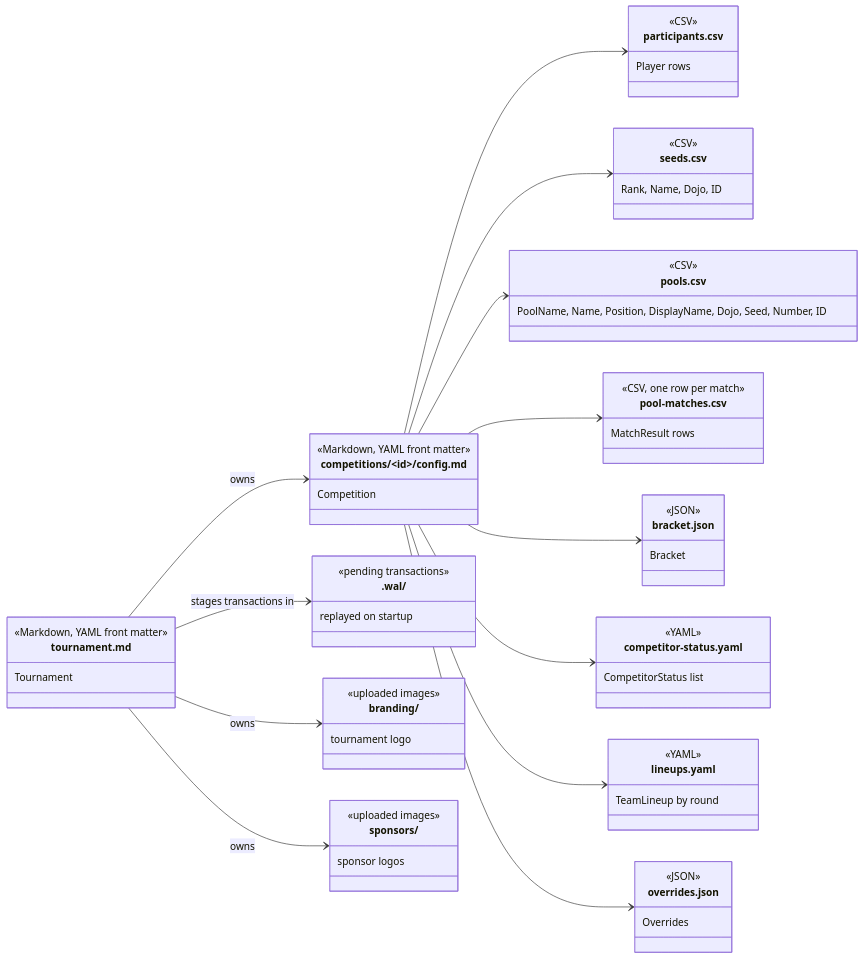
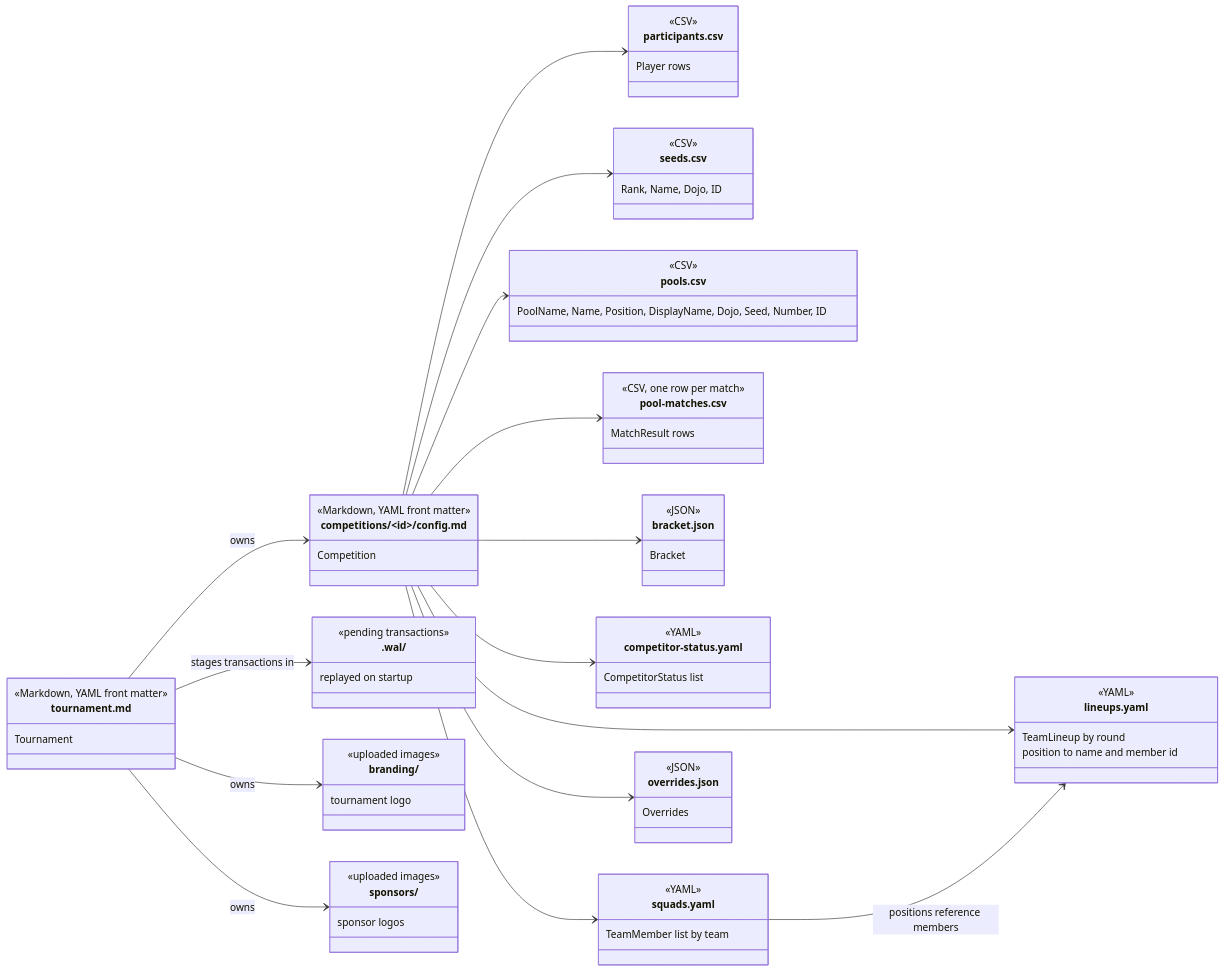
Before and after one commit to gitrgoliveira/bracket-creator: the third of 4 diagrams in docs/architecture/data-model.md, drawn with Mermaid. The commit also changed other lines of this file and 1 other file, not shown here.

First line of the commit message:
docs: describe the squad file and the member identity it holds

````diff
--- a/docs/architecture/data-model.md
+++ b/docs/architecture/data-model.md
@@ -264,70 +272,77 @@
 ```mermaid
 classDiagram
     direction LR
 
     class tournament_md["tournament.md"] {
         <<Markdown, YAML front matter>>
         Tournament
     }
     class config_md["competitions/&lt;id&gt;/config.md"] {
         <<Markdown, YAML front matter>>
         Competition
     }
     class participants_csv["participants.csv"] {
         <<CSV>>
         Player rows
     }
     class seeds_csv["seeds.csv"] {
         <<CSV>>
         Rank, Name, Dojo, ID
     }
     class pools_csv["pools.csv"] {
         <<CSV>>
         PoolName, Name, Position, DisplayName, Dojo, Seed, Number, ID
     }
     class pool_matches_csv["pool-matches.csv"] {
         <<CSV, one row per match>>
         MatchResult rows
     }
     class bracket_json["bracket.json"] {
         <<JSON>>
         Bracket
     }
     class status_yaml["competitor-status.yaml"] {
         <<YAML>>
         CompetitorStatus list
     }
     class lineups_yaml["lineups.yaml"] {
         <<YAML>>
         TeamLineup by round
+        position to name and member id
+    }
+    class squads_yaml["squads.yaml"] {
+        <<YAML>>
+        TeamMember list by team
     }
     class overrides_json["overrides.json"] {
         <<JSON>>
         Overrides
     }
     class wal[".wal/"] {
         <<pending transactions>>
         replayed on startup
     }
     class branding_dir["branding/"] {
         <<uploaded images>>
         tournament logo
     }
     class sponsors_dir["sponsors/"] {
         <<uploaded images>>
         sponsor logos
     }
 
     tournament_md --> config_md : owns
     tournament_md --> branding_dir : owns
     tournament_md --> sponsors_dir : owns
     tournament_md --> wal : stages transactions in
     config_md --> participants_csv
     config_md --> seeds_csv
     config_md --> pools_csv
     config_md --> pool_matches_csv
     config_md --> bracket_json
     config_md --> status_yaml
     config_md --> lineups_yaml
+    config_md --> squads_yaml
     config_md --> overrides_json
+    squads_yaml --> lineups_yaml : positions reference members
 ```
````
